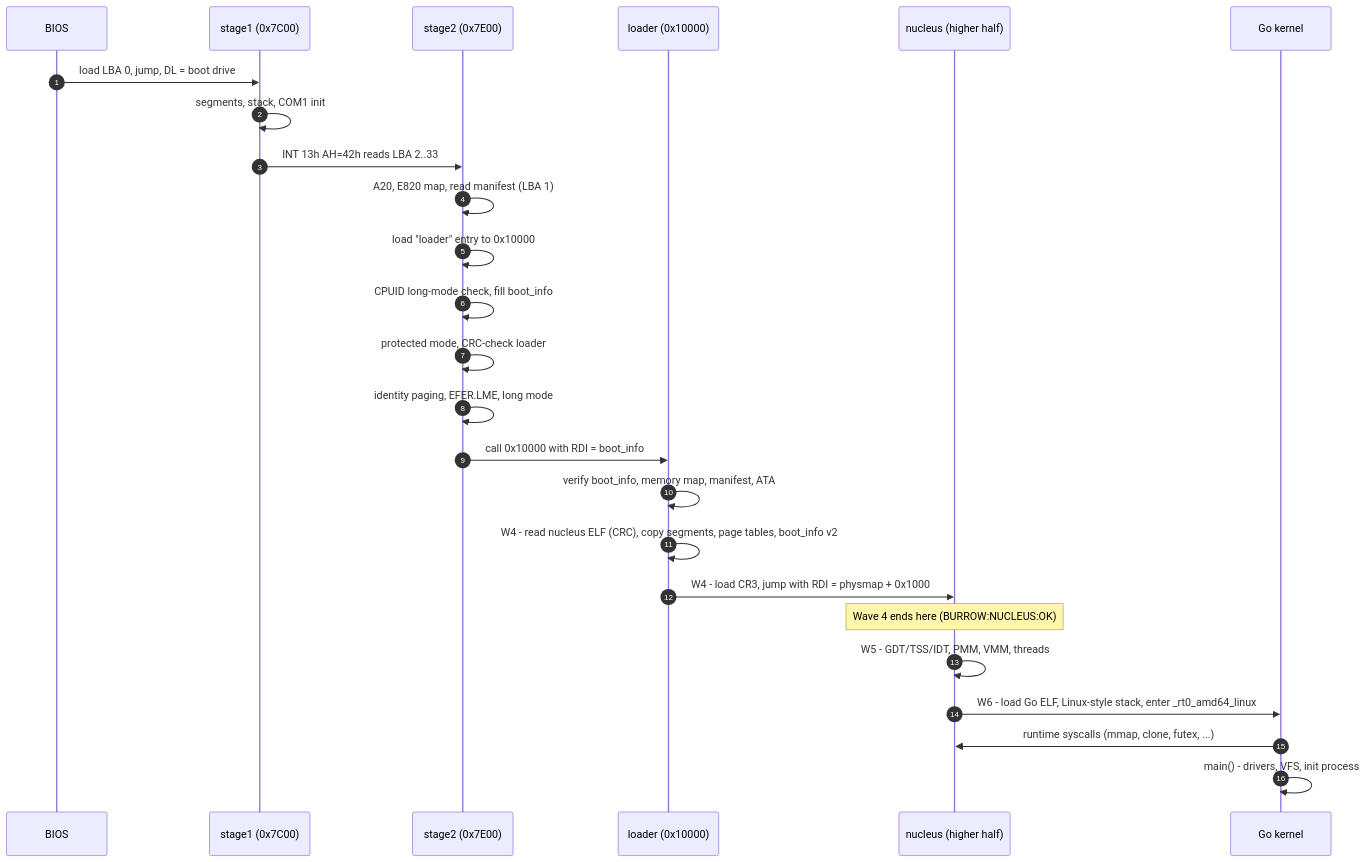
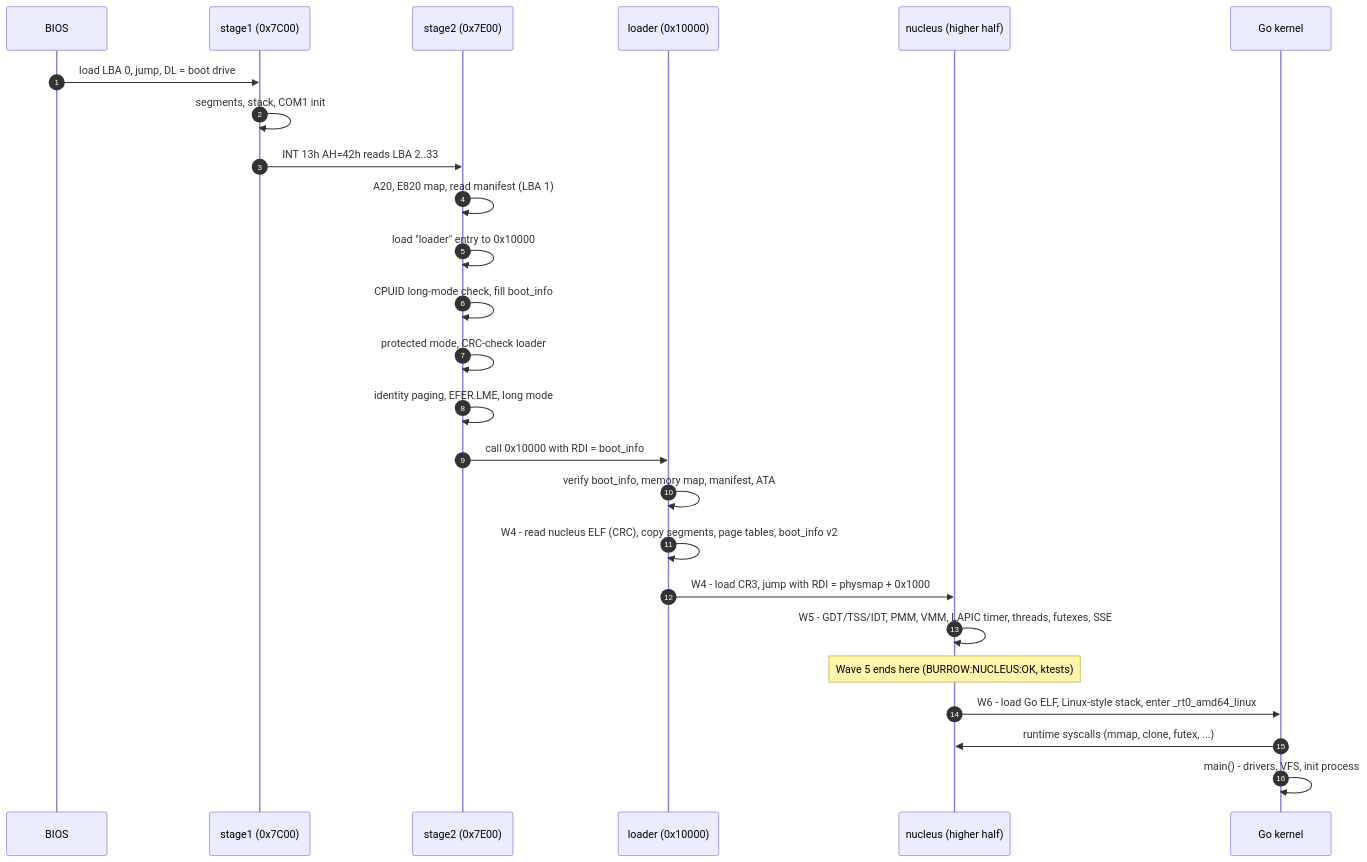
One commit to decagondev/burrow changed the second of 10 diagrams in docs/02-architecture/ARCHITECTURE.md. Above: the diagram before and after it, drawn with Mermaid. The commit also changed 6 other files, not shown here.

````diff
--- a/docs/02-architecture/ARCHITECTURE.md
+++ b/docs/02-architecture/ARCHITECTURE.md
@@ -68,27 +68,27 @@
 ```mermaid
 sequenceDiagram
     autonumber
     participant BIOS
     participant S1 as stage1 (0x7C00)
     participant S2 as stage2 (0x7E00)
     participant L as loader (0x10000)
     participant N as nucleus (higher half)
     participant G as Go kernel
     BIOS->>S1: load LBA 0, jump, DL = boot drive
     S1->>S1: segments, stack, COM1 init
     S1->>S2: INT 13h AH=42h reads LBA 2..33
     S2->>S2: A20, E820 map, read manifest (LBA 1)
     S2->>S2: load "loader" entry to 0x10000
     S2->>S2: CPUID long-mode check, fill boot_info
     S2->>S2: protected mode, CRC-check loader
     S2->>S2: identity paging, EFER.LME, long mode
     S2->>L: call 0x10000 with RDI = boot_info
     L->>L: verify boot_info, memory map, manifest, ATA
     L->>L: W4 - read nucleus ELF (CRC), copy segments, page tables, boot_info v2
     L->>N: W4 - load CR3, jump with RDI = physmap + 0x1000
-    Note over N: Wave 4 ends here (BURROW:NUCLEUS:OK)
-    N->>N: W5 - GDT/TSS/IDT, PMM, VMM, threads
+    N->>N: W5 - GDT/TSS/IDT, PMM, VMM, LAPIC timer, threads, futexes, SSE
+    Note over N: Wave 5 ends here (BURROW:NUCLEUS:OK, ktests)
     N->>G: W6 - load Go ELF, Linux-style stack, enter _rt0_amd64_linux
     G->>N: runtime syscalls (mmap, clone, futex, ...)
     G->>G: main() - drivers, VFS, init process
 ```
````
